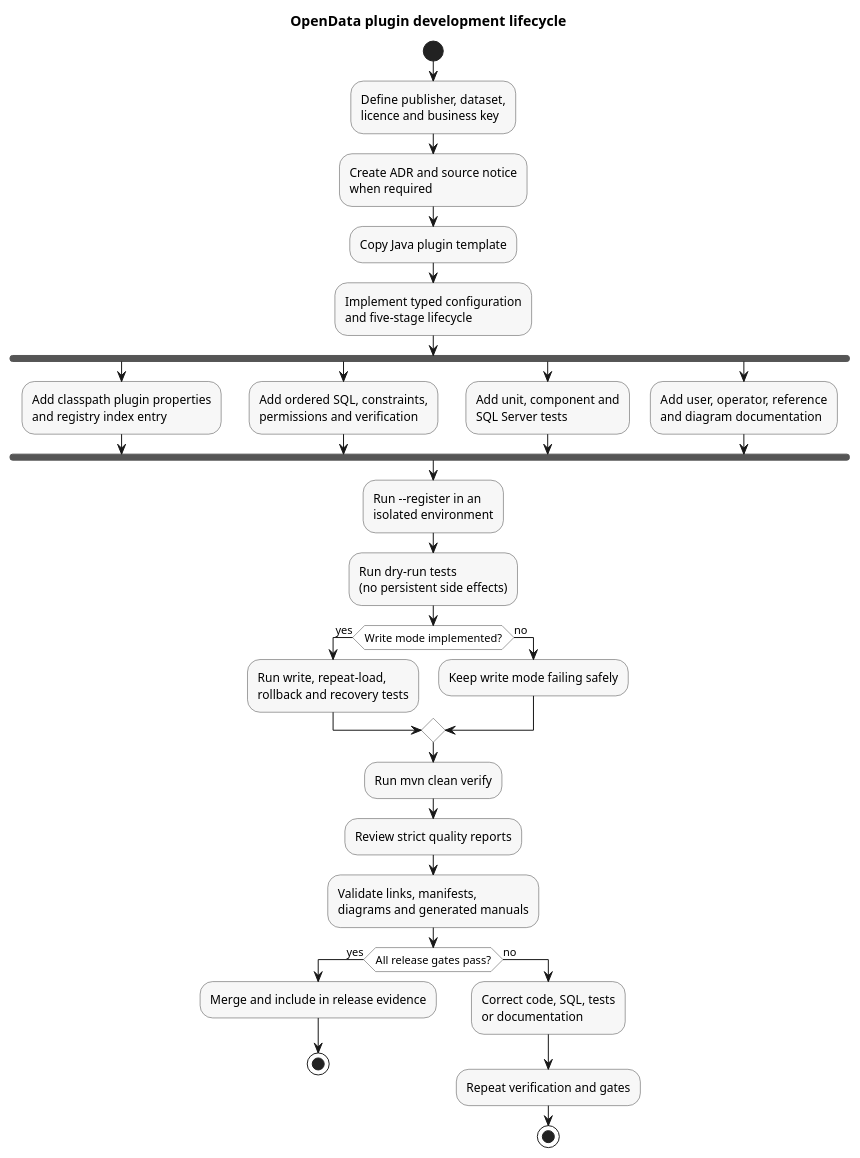
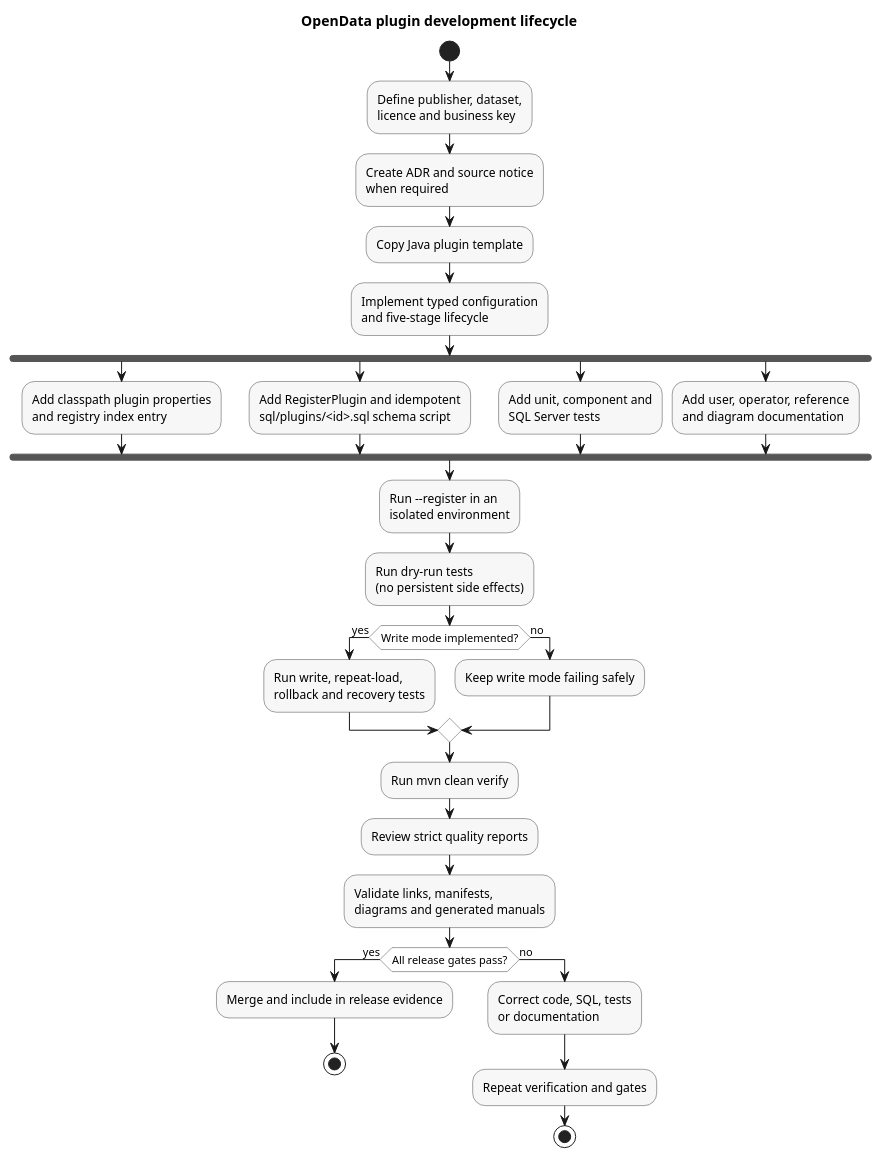
Before and after one commit to TerryCurranZellis/OpenData: the diagram in docs/diagrams/source/plugin-development-lifecycle.puml, drawn with PlantUML. The commit also changed 58 other files, not shown here.

Commit message:
Update documentation and puml diagrams, add generated SVGs

```diff
--- a/docs/diagrams/source/plugin-development-lifecycle.puml
+++ b/docs/diagrams/source/plugin-development-lifecycle.puml
@@ -1,45 +1,45 @@
 @startuml
 title OpenData plugin development lifecycle
 
 skinparam backgroundColor white
 skinparam shadowing false
 skinparam activity {
   BackgroundColor #F7F7F7
   BorderColor #444444
   DiamondBackgroundColor #FFFFFF
   DiamondBorderColor #444444
 }
 
 start
 :Define publisher, dataset,\nlicence and business key;
 :Create ADR and source notice\nwhen required;
 :Copy Java plugin template;
 :Implement typed configuration\nand five-stage lifecycle;
 fork
   :Add classpath plugin properties\nand registry index entry;
 fork again
-  :Add ordered SQL, constraints,\npermissions and verification;
+  :Add RegisterPlugin and idempotent\nsql/plugins/<id>.sql schema script;
 fork again
   :Add unit, component and\nSQL Server tests;
 fork again
   :Add user, operator, reference\nand diagram documentation;
 end fork
 :Run --register in an\nisolated environment;
 :Run dry-run tests\n(no persistent side effects);
 if (Write mode implemented?) then (yes)
   :Run write, repeat-load,\nrollback and recovery tests;
 else (no)
   :Keep write mode failing safely;
 endif
 :Run mvn clean verify;
 :Review strict quality reports;
 :Validate links, manifests,\ndiagrams and generated manuals;
 if (All release gates pass?) then (yes)
   :Merge and include in release evidence;
   stop
 else (no)
   :Correct code, SQL, tests\nor documentation;
   :Repeat verification and gates;
   stop
 endif
 @enduml
```
